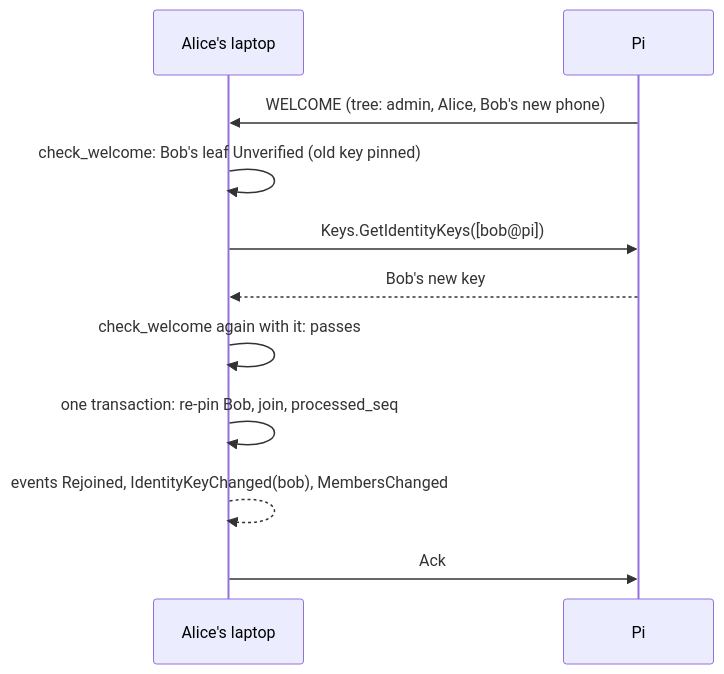
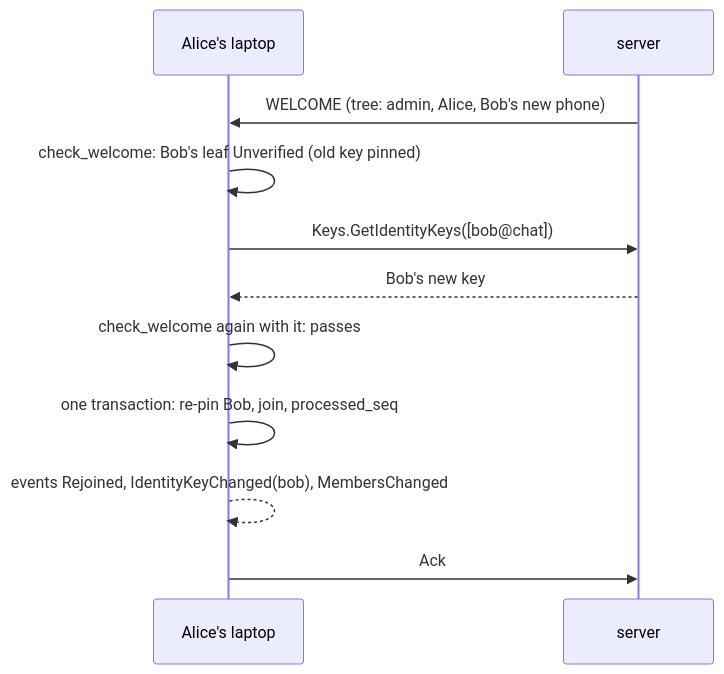
One commit to koppathachan/vyajena changed the third of 3 diagrams in openspec/changes/archive/2026-11-11-client-core/design.md. Above: the diagram before and after it, drawn with Mermaid. The commit also changed other lines of this file and 437 other files, not shown here.

````diff
--- a/openspec/changes/archive/2026-11-11-client-core/design.md
+++ b/openspec/changes/archive/2026-11-11-client-core/design.md
@@ -382,13 +382,13 @@
 ```mermaid
 sequenceDiagram
   participant A as Alice's laptop
-  participant P as Pi
+  participant P as server
   P->>A: WELCOME (tree: admin, Alice, Bob's new phone)
   A->>A: check_welcome: Bob's leaf Unverified (old key pinned)
-  A->>P: Keys.GetIdentityKeys([bob@pi])
+  A->>P: Keys.GetIdentityKeys([bob@chat])
   P-->>A: Bob's new key
   A->>A: check_welcome again with it: passes
   A->>A: one transaction: re-pin Bob, join, processed_seq
   A-->>A: events Rejoined, IdentityKeyChanged(bob), MembersChanged
   A->>P: Ack
 ```
````
